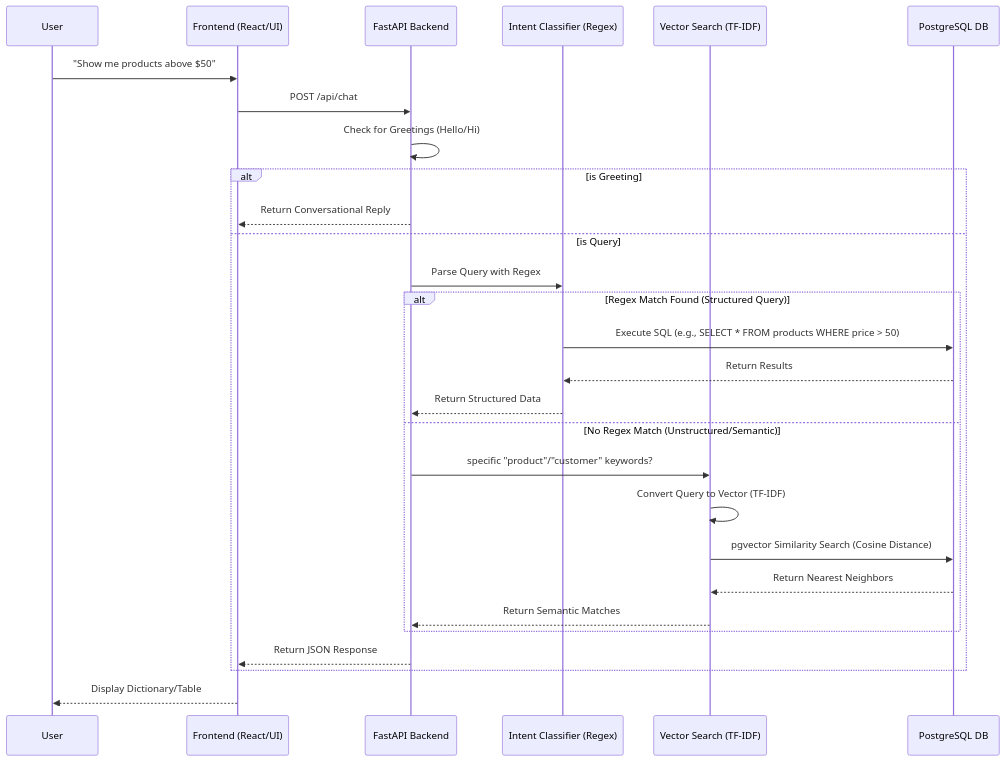
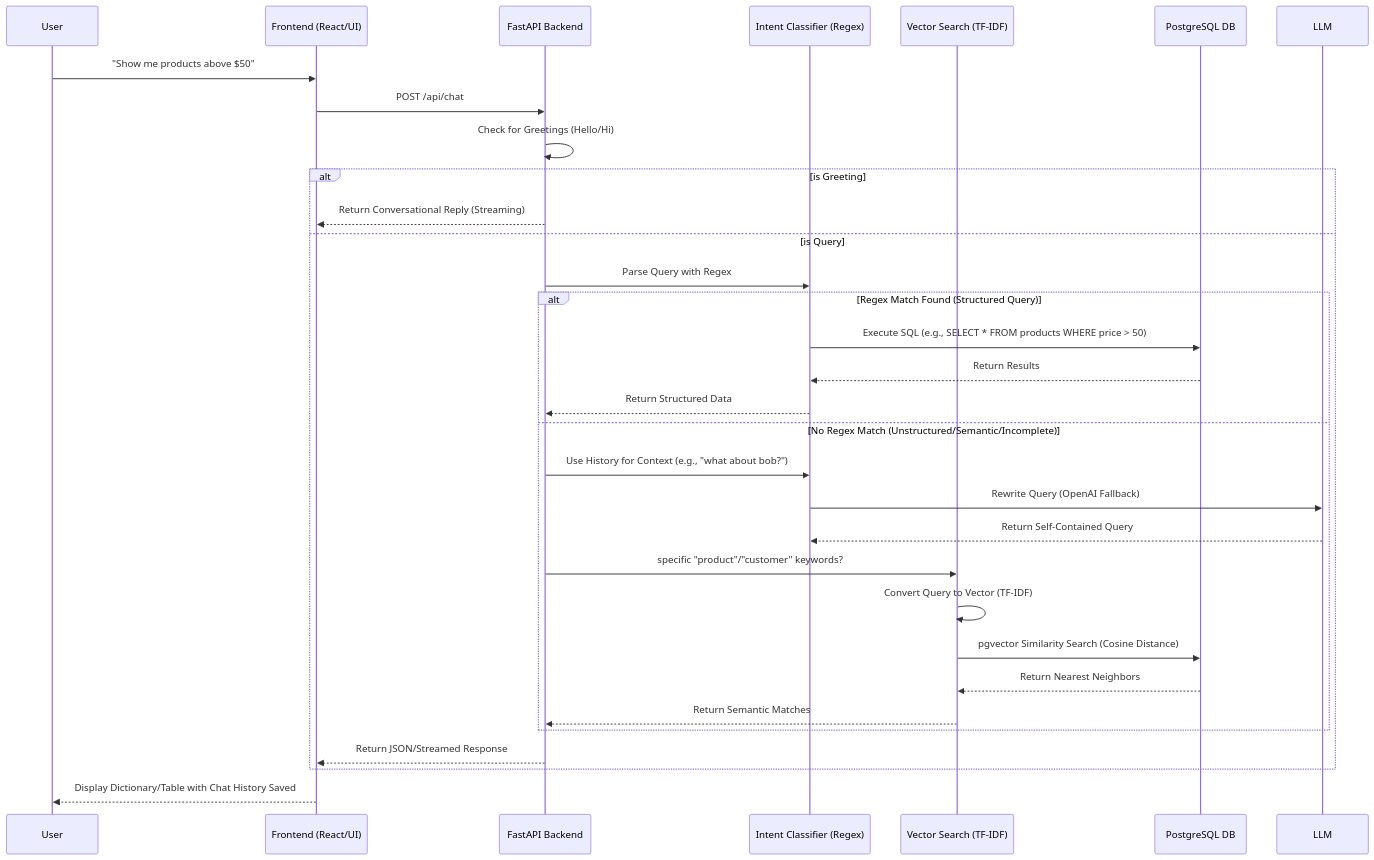
One commit to Saurabh07703/nl-sql-streamlit-pgvector changed the diagram in INTERVIEW_PREP.md. Above: the diagram before and after it, drawn with Mermaid. The commit also changed other lines of this file and 3 other files, not shown here.

````diff
--- a/INTERVIEW_PREP.md
+++ b/INTERVIEW_PREP.md
@@ -11,34 +11,37 @@
 ```mermaid
 sequenceDiagram
     participant User
     participant Frontend as Frontend (React/UI)
     participant API as FastAPI Backend
     participant NLP as Intent Classifier (Regex)
     participant Vector as Vector Search (TF-IDF)
     participant DB as PostgreSQL DB
 
     User->>Frontend: "Show me products above $50"
     Frontend->>API: POST /api/chat
     
     API->>API: Check for Greetings (Hello/Hi)
     alt is Greeting
-        API-->>Frontend: Return Conversational Reply
+        API-->>Frontend: Return Conversational Reply (Streaming)
     else is Query
         API->>NLP: Parse Query with Regex
         
         alt Regex Match Found (Structured Query)
             NLP->>DB: Execute SQL (e.g., SELECT * FROM products WHERE price > 50)
             DB-->>NLP: Return Results
             NLP-->>API: Return Structured Data
-        else No Regex Match (Unstructured/Semantic)
+        else No Regex Match (Unstructured/Semantic/Incomplete)
+            API->>NLP: Use History for Context (e.g., "what about bob?")
+            NLP->>LLM: Rewrite Query (OpenAI Fallback)
+            LLM-->>NLP: Return Self-Contained Query
             API->>Vector: specific "product"/"customer" keywords?
             Vector->>Vector: Convert Query to Vector (TF-IDF)
             Vector->>DB: pgvector Similarity Search (Cosine Distance)
             DB-->>Vector: Return Nearest Neighbors
             Vector-->>API: Return Semantic Matches
         end
         
-        API-->>Frontend: Return JSON Response
+        API-->>Frontend: Return JSON/Streamed Response
     end
-    Frontend-->>User: Display Dictionary/Table
+    Frontend-->>User: Display Dictionary/Table with Chat History Saved
 ```
````
